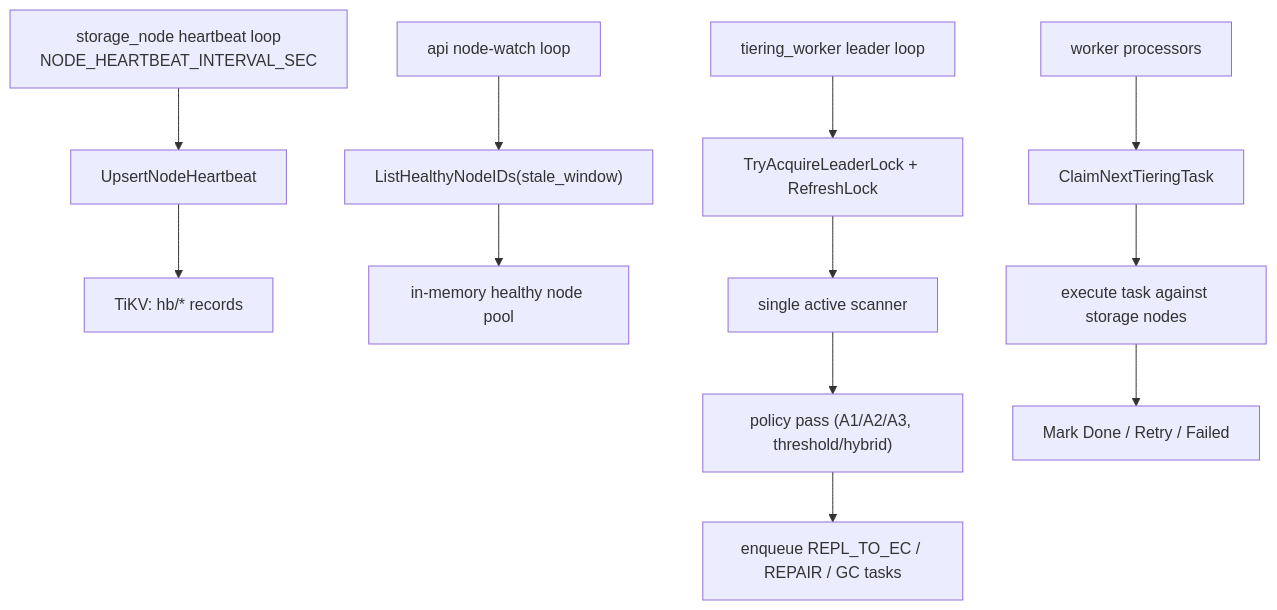
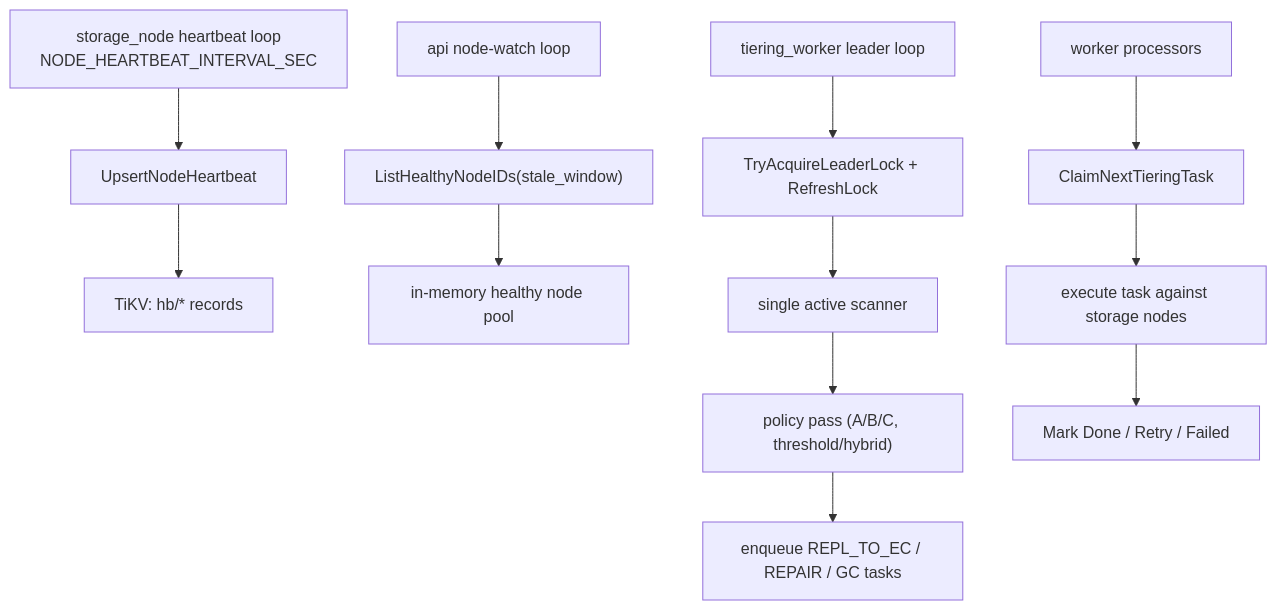
Before and after one commit to F64116045/Load-Aware-Tiered-Distributed-Object-Storage: the second of 2 diagrams in Readme.md, drawn with Mermaid. The commit also changed other lines of this file and 10 other files, not shown here.

Commit message:
docs(tiering): refresh A/B/C policy and runtime flow references

````diff
--- a/Readme.md
+++ b/Readme.md
@@ -107,17 +107,17 @@
 ```mermaid
 flowchart TD
   H1["storage_node heartbeat loop\nNODE_HEARTBEAT_INTERVAL_SEC"] --> H2["UpsertNodeHeartbeat"]
   H2 --> H3["TiKV: hb/* records"]
 
   A1["api node-watch loop"] --> A2["ListHealthyNodeIDs(stale_window)"]
   A2 --> A3["in-memory healthy node pool"]
 
   L1["tiering_worker leader loop"] --> L2["TryAcquireLeaderLock + RefreshLock"]
   L2 --> L3["single active scanner"]
-  L3 --> L4["policy pass (A1/A2/A3, threshold/hybrid)"]
+  L3 --> L4["policy pass (A/B/C, threshold/hybrid)"]
   L4 --> L5["enqueue REPL_TO_EC / REPAIR / GC tasks"]
 
   W1["worker processors"] --> W2["ClaimNextTieringTask"]
   W2 --> W3["execute task against storage nodes"]
   W3 --> W4["Mark Done / Retry / Failed"]
 ```
````
